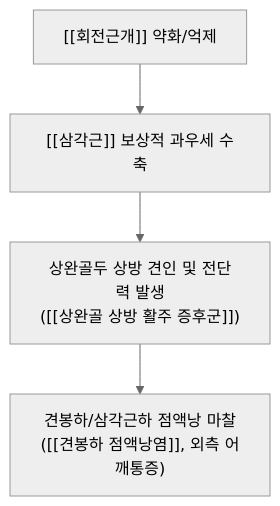
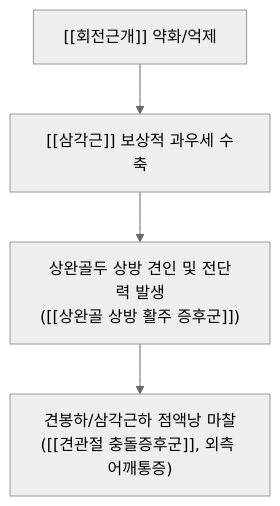
Before and after one commit to simbio11/simbio-digital-garden2: the first of 2 diagrams in content/1. 근골격계 공부/근육/(4) 어깨/삼각근.md, drawn with Mermaid (neutral theme). The commit also changed other lines of this file and 487 other files, not shown here.

````diff
--- a/content/1. 근골격계 공부/근육/(4) 어깨/삼각근.md
+++ b/content/1. 근골격계 공부/근육/(4) 어깨/삼각근.md
@@ -43,6 +48,8 @@
 ```mermaid
 graph TD
     RotatorWeak["[[회전근개]] 약화/억제"] --> DeltoidOver["[[삼각근]] 보상적 과우세 수축"]
-    DeltoidOver --> SuperiorShear["상완골두 상방 견인 및 전단력 발생\n([[상완골 상방 활주 증후군]])"]
-    SuperiorShear --> SubacromialBursitis["견봉하/삼각근하 점액낭 마찰\n([[견봉하 점액낭염]], 외측 어깨통증)"]
+    DeltoidOver --> SuperiorShear["상완골두 상방 견인 및 전단력 발생
+([[상완골 상방 활주 증후군]])"]
+    SuperiorShear --> SubacromialBursitis["견봉하/삼각근하 점액낭 마찰
+([[견관절 충돌증후군]], 외측 어깨통증)"]
 ```
````
